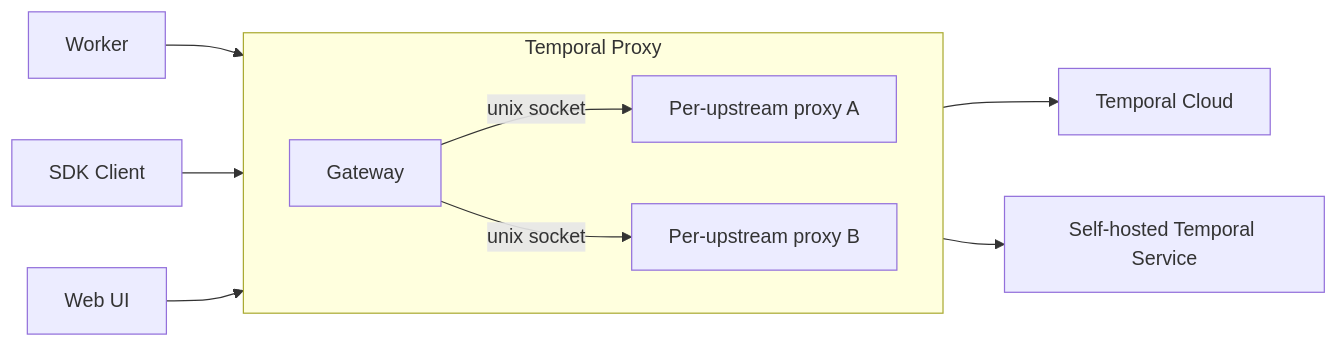
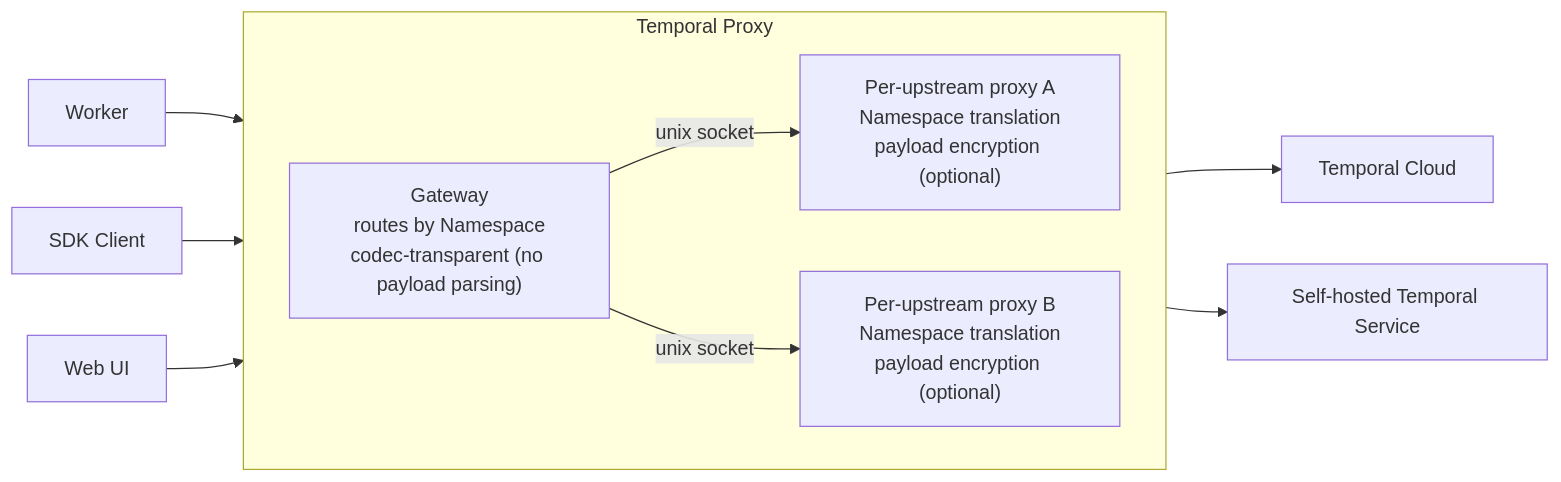
Before and after one commit to temporalio/temporal-proxy: the diagram in README.md, drawn with Mermaid. The commit also changed other lines of this file, not shown here.

````diff
--- a/README.md
+++ b/README.md
@@ -30,25 +31,24 @@
 ```mermaid
-flowchart LR
+  flowchart LR
     Worker[Worker]
     Client[SDK Client]
     UI[Web UI]
 
     subgraph Proxy[Temporal Proxy]
         direction LR
-        Gateway[Gateway]
-        ProxyA[Per-upstream proxy A]
-        ProxyB[Per-upstream proxy B]
+        Gateway["Gateway<br/>routes by Namespace<br/>codec-transparent (no payload parsing)"]
+        ProxyA["Per-upstream proxy A<br/>Namespace translation<br/>payload encryption (optional)"]
+        ProxyB["Per-upstream proxy B<br/>Namespace translation<br/>payload encryption (optional)"]
         Gateway -->|unix socket| ProxyA
         Gateway -->|unix socket| ProxyB
     end
 
     Cloud[Temporal Cloud]
     SelfHosted[Self-hosted Temporal Service]
 
     Worker --> Gateway
     Client --> Gateway
     UI --> Gateway
     ProxyA --> Cloud
     ProxyB --> SelfHosted
-
 ```
````
